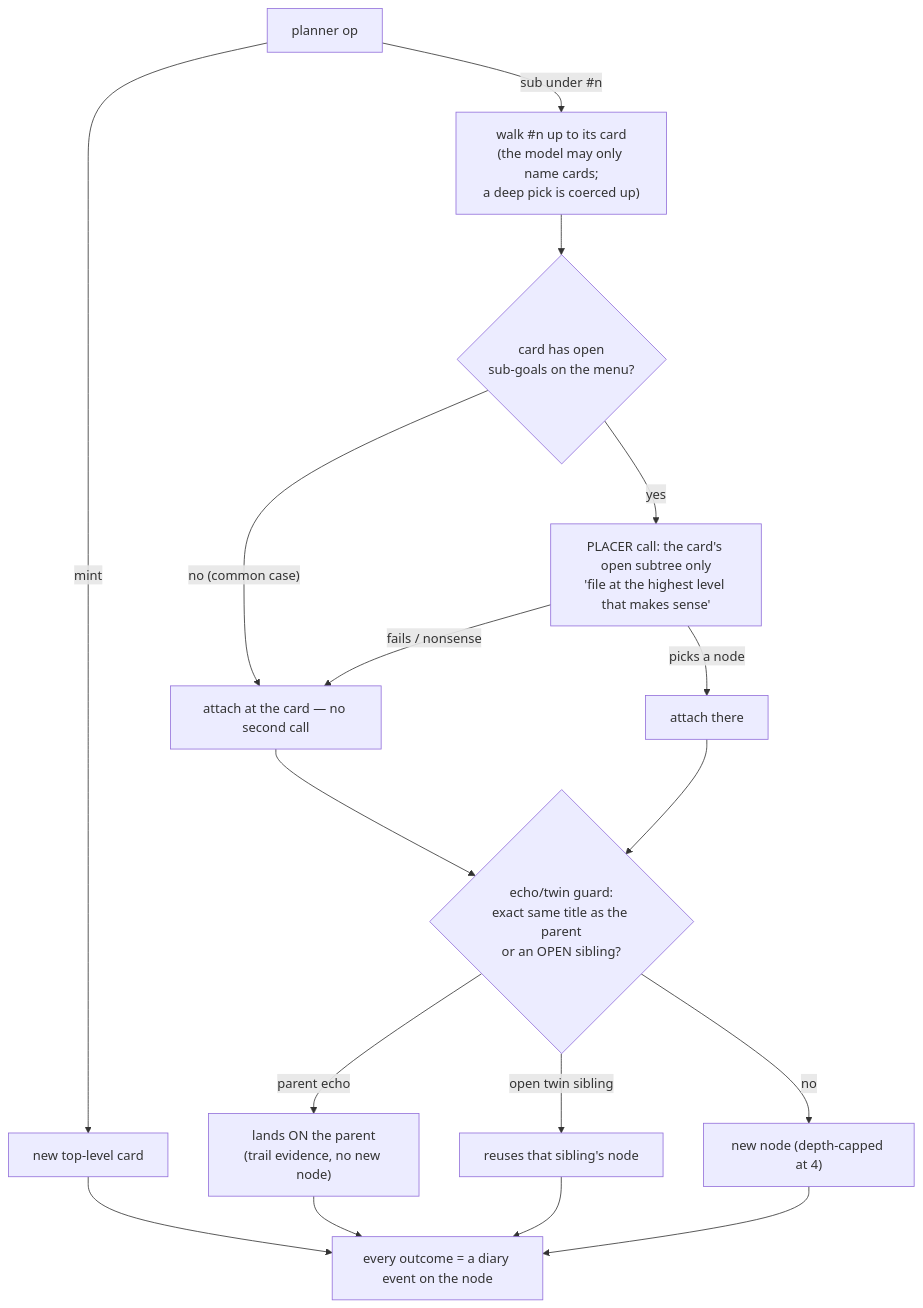
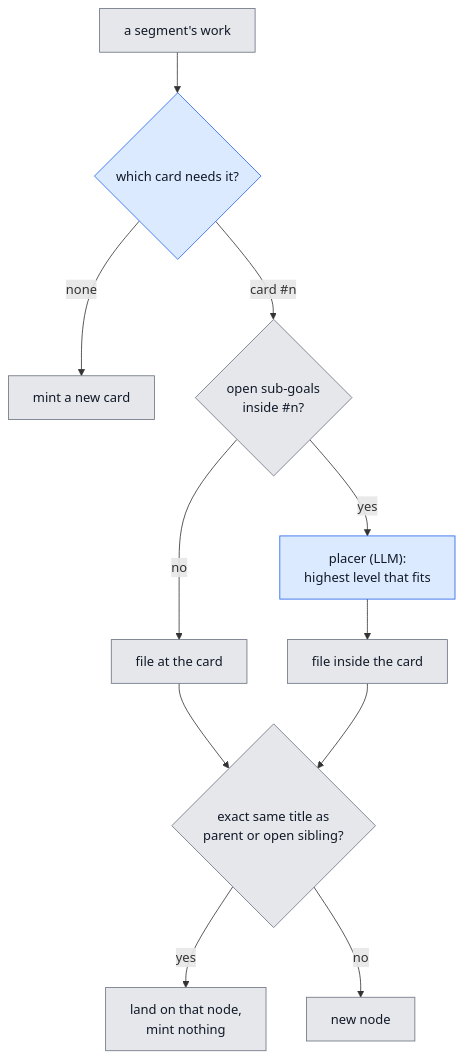
Before and after one commit to Chris-mian/romp: the second of 4 diagrams in docs/judge-pipeline.md, drawn with Mermaid. The commit also changed other lines of this file, not shown here.

````diff
--- a/docs/judge-pipeline.md
+++ b/docs/judge-pipeline.md
@@ -36,19 +55,15 @@
 ```mermaid
 flowchart TD
-    OP["planner op"] -->|mint| MINT["new top-level card"]
-    OP -->|"sub under #n"| WALK["walk #n up to its card<br/>(the model may only name cards;<br/>a deep pick is coerced up)"]
-    WALK --> KIDS{"card has open<br/>sub-goals on the menu?"}
-    KIDS -->|"no (common case)"| ATCARD["attach at the card — no second call"]
-    KIDS -->|yes| PLACER["PLACER call: the card's open subtree only<br/>'file at the highest level that makes sense'"]
-    PLACER -->|"picks a node"| ATNODE["attach there"]
-    PLACER -->|"fails / nonsense"| ATCARD
-    ATCARD --> GUARD{"echo/twin guard:<br/>exact same title as the parent<br/>or an OPEN sibling?"}
-    ATNODE --> GUARD
-    GUARD -->|"parent echo"| LANDP["lands ON the parent<br/>(trail evidence, no new node)"]
-    GUARD -->|"open twin sibling"| LANDS["reuses that sibling's node"]
-    GUARD -->|no| NEWN["new node (depth-capped at 4)"]
-    MINT --> DIARY["every outcome = a diary event on the node"]
-    LANDP --> DIARY
-    LANDS --> DIARY
-    NEWN --> DIARY
+    M["a segment's work"]:::det --> Q{"which card needs it?"}:::llm
+    Q -->|none| MINT["mint a new card"]:::det
+    Q -->|"card #n"| K{"open sub-goals<br/>inside #n?"}:::det
+    K -->|no| CARD["file at the card"]:::det
+    K -->|yes| P["placer (LLM):<br/>highest level that fits"]:::llm
+    P --> CARD2["file inside the card"]:::det
+    CARD --> G{"exact same title as<br/>parent or open sibling?"}:::det
+    CARD2 --> G
+    G -->|yes| REUSE["land on that node,<br/>mint nothing"]:::det
+    G -->|no| NEW["new node"]:::det
+    classDef llm fill:#dbeafe,stroke:#2563eb,color:#111827
+    classDef det fill:#e5e7eb,stroke:#6b7280,color:#111827
 ```
````
